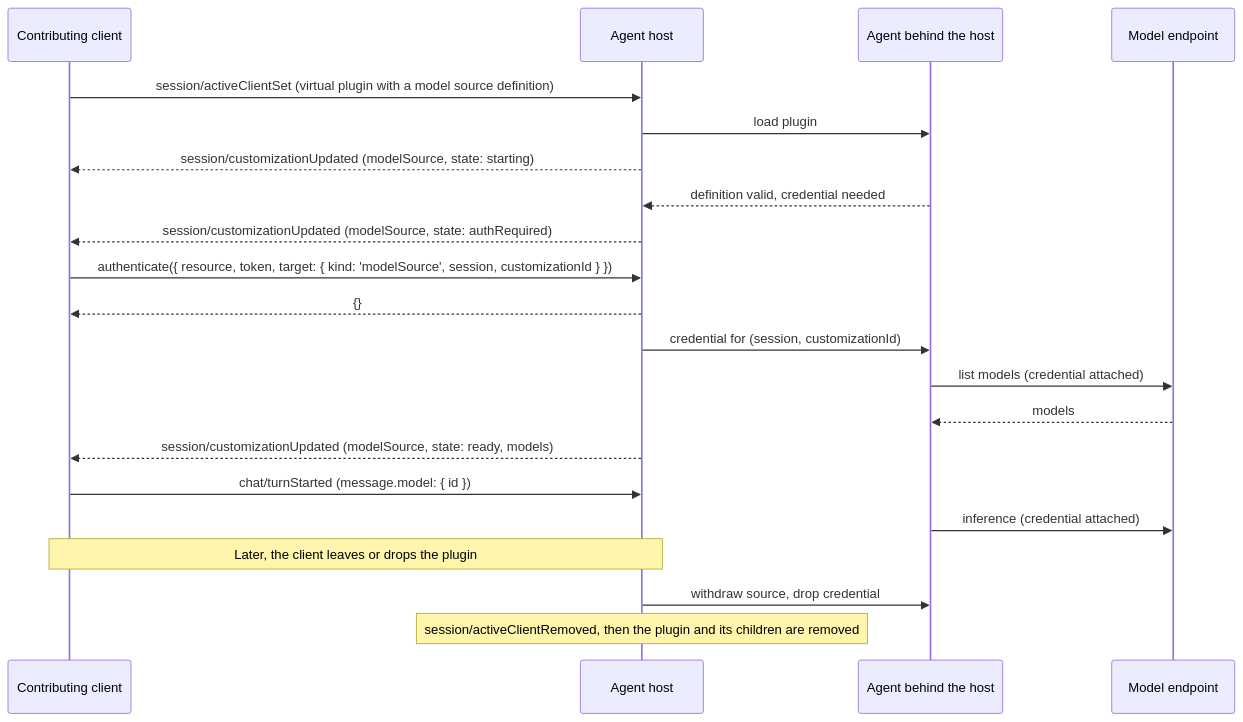
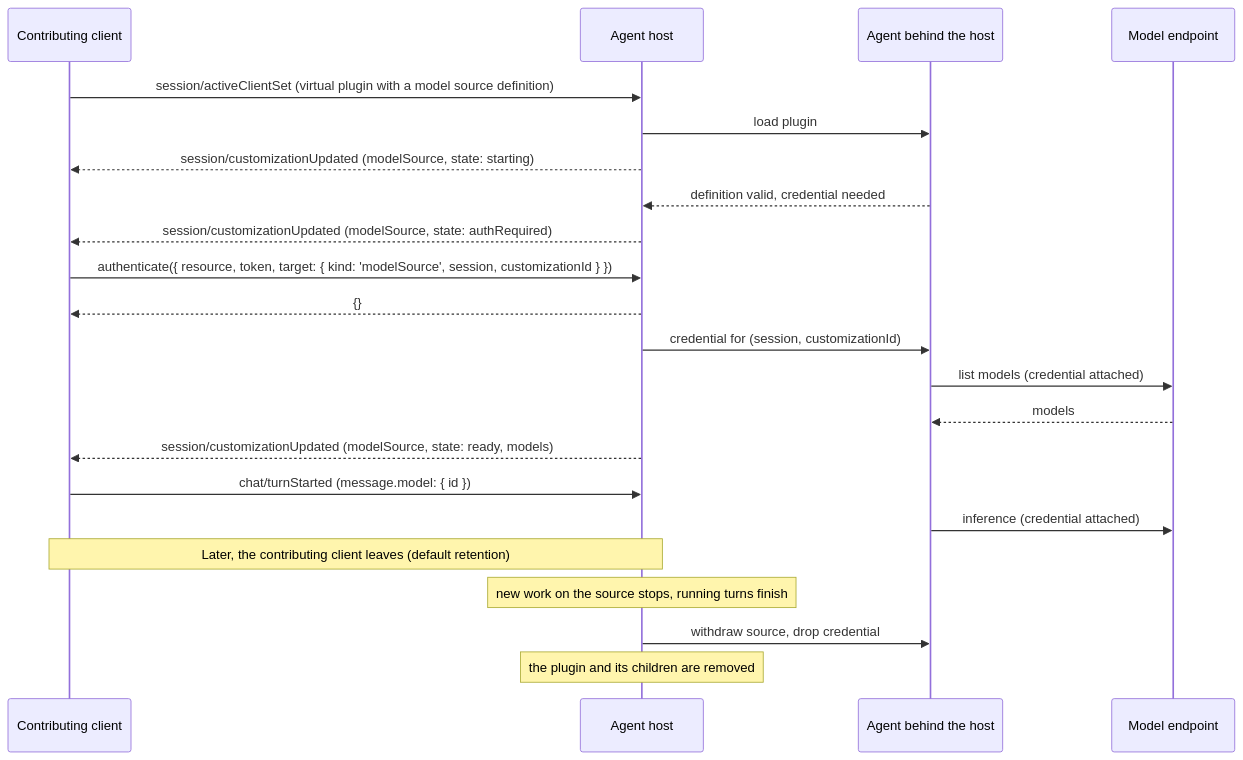
The second of 2 diagrams in docs/proposals/model-source-customizations.md (microsoft/agent-host-protocol), drawn with Mermaid before and after one commit. The commit also changed other lines of this file, not shown here.

````diff
--- a/docs/proposals/model-source-customizations.md
+++ b/docs/proposals/model-source-customizations.md
@@ -356,27 +453,28 @@
 ```mermaid
 sequenceDiagram
     participant C as Contributing client
     participant H as Agent host
     participant A as Agent behind the host
     participant E as Model endpoint
 
     C->>H: session/activeClientSet (virtual plugin with a model source definition)
     H->>A: load plugin
     H-->>C: session/customizationUpdated (modelSource, state: starting)
     A-->>H: definition valid, credential needed
     H-->>C: session/customizationUpdated (modelSource, state: authRequired)
 
     C->>H: authenticate({ resource, token, target: { kind: 'modelSource', session, customizationId } })
     H-->>C: {}
     H->>A: credential for (session, customizationId)
     A->>E: list models (credential attached)
     E-->>A: models
     H-->>C: session/customizationUpdated (modelSource, state: ready, models)
 
     C->>H: chat/turnStarted (message.model: { id })
     A->>E: inference (credential attached)
 
-    Note over C,H: Later, the client leaves or drops the plugin
+    Note over C,H: Later, the contributing client leaves (default retention)
+    Note over H: new work on the source stops, running turns finish
     H->>A: withdraw source, drop credential
-    Note over H: session/activeClientRemoved, then the plugin and its children are removed
+    Note over H: the plugin and its children are removed
 ```
````
